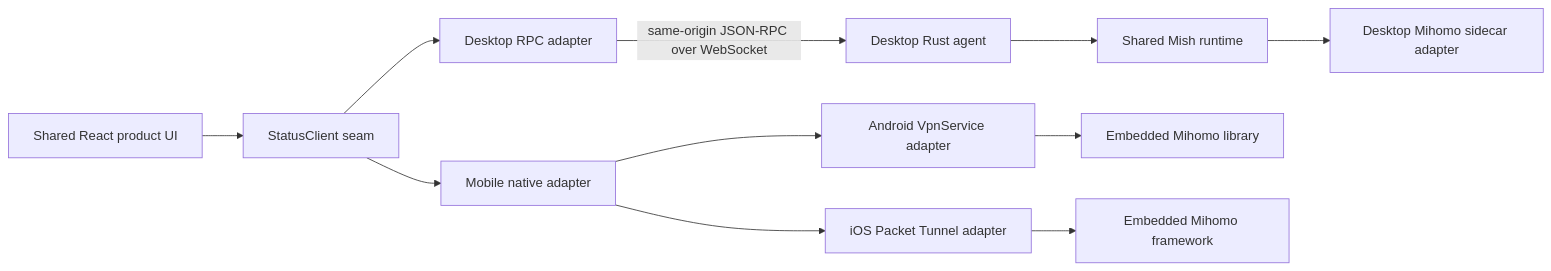
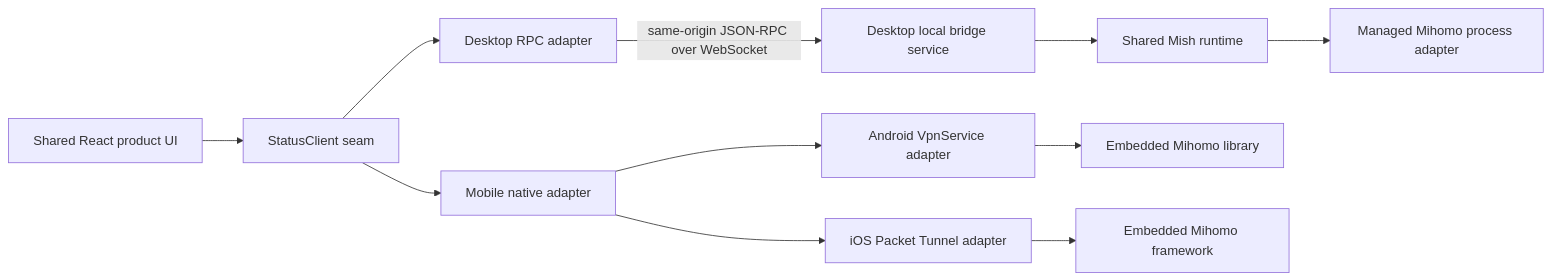
One commit to Asuka109/mish changed the diagram in docs/architecture/frontend-platform-boundary.md. Above: the diagram before and after it, drawn with Mermaid. The commit also changed other lines of this file and 37 other files, not shown here.

Commit message:
Implement Mihomo controller and desktop bridge adapters

````diff
--- a/docs/architecture/frontend-platform-boundary.md
+++ b/docs/architecture/frontend-platform-boundary.md
@@ -10,13 +11,13 @@
 ```mermaid
 flowchart LR
   UI["Shared React product UI"] --> StatusClient["StatusClient seam"]
   StatusClient --> DesktopRpc["Desktop RPC adapter"]
   StatusClient --> Mobile["Mobile native adapter"]
-  DesktopRpc -->|"same-origin JSON-RPC over WebSocket"| DesktopAgent["Desktop Rust agent"]
-  DesktopAgent --> Runtime["Shared Mish runtime"]
-  Runtime --> Sidecar["Desktop Mihomo sidecar adapter"]
+  DesktopRpc -->|"same-origin JSON-RPC over WebSocket"| DesktopBridge["Desktop local bridge service"]
+  DesktopBridge --> Runtime["Shared Mish runtime"]
+  Runtime --> ManagedProcess["Managed Mihomo process adapter"]
   Mobile --> Android["Android VpnService adapter"]
   Mobile --> IOS["iOS Packet Tunnel adapter"]
   Android --> AndroidCore["Embedded Mihomo library"]
   IOS --> IOSCore["Embedded Mihomo framework"]
 ```
````
